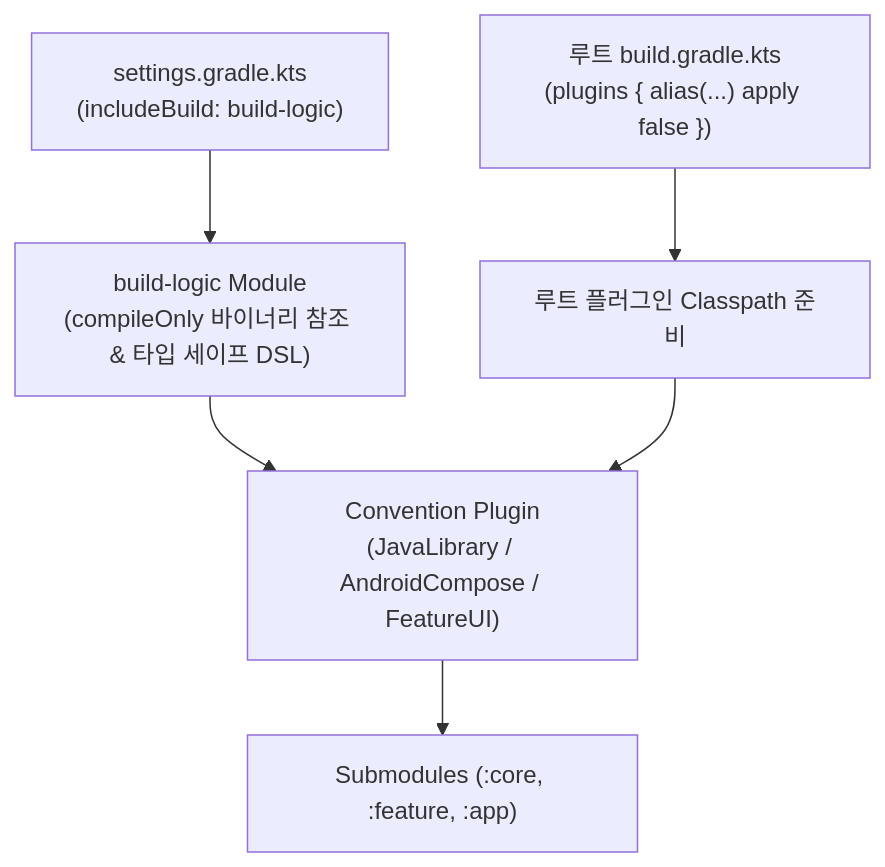
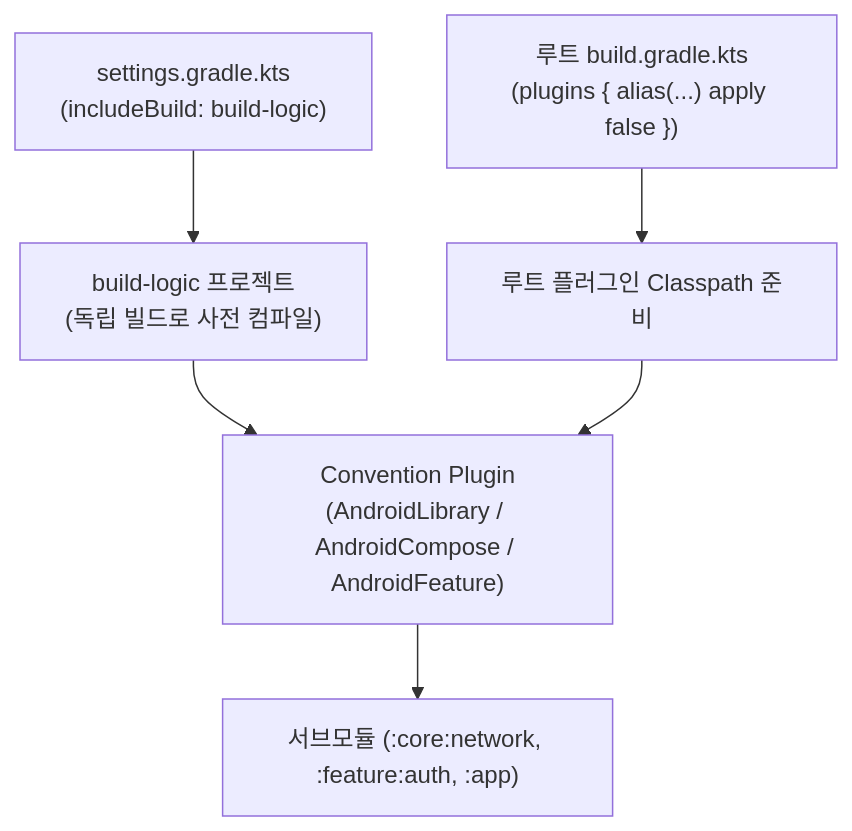
Before and after one commit to youngmin-gwon/what-i-studied: the first of 3 diagrams in 01_inbox/mobile/android/03_packaging_deployment/build/gradle/gradle-build/gradle-plugins.md, drawn with Mermaid. The commit also changed other lines of this file and 5 other files, not shown here.

````diff
--- a/01_inbox/mobile/android/03_packaging_deployment/build/gradle/gradle-build/gradle-plugins.md
+++ b/01_inbox/mobile/android/03_packaging_deployment/build/gradle/gradle-build/gradle-plugins.md
@@ -17,8 +19,8 @@
 ```mermaid
 flowchart TD
-    RootSettings["settings.gradle.kts<br/>(includeBuild: build-logic)"] --> BuildLogic["build-logic Module<br/>(compileOnly 바이너리 참조 & 타입 세이프 DSL)"]
+    RootSettings["settings.gradle.kts<br/>(includeBuild: build-logic)"] --> BuildLogic["build-logic 프로젝트<br/>(독립 빌드로 사전 컴파일)"]
     RootBuild["루트 build.gradle.kts<br/>(plugins { alias(...) apply false })"] --> Classpath["루트 플러그인 Classpath 준비"]
-    BuildLogic --> ConvPlugin["Convention Plugin<br/>(JavaLibrary / AndroidCompose / FeatureUI)"]
+    BuildLogic --> ConvPlugin["Convention Plugin<br/>(AndroidLibrary / AndroidCompose / AndroidFeature)"]
     Classpath --> ConvPlugin
-    ConvPlugin --> Subprojects["Submodules (:core, :feature, :app)"]
+    ConvPlugin --> Submodules["서브모듈 (:core:network, :feature:auth, :app)"]
 ```
````
